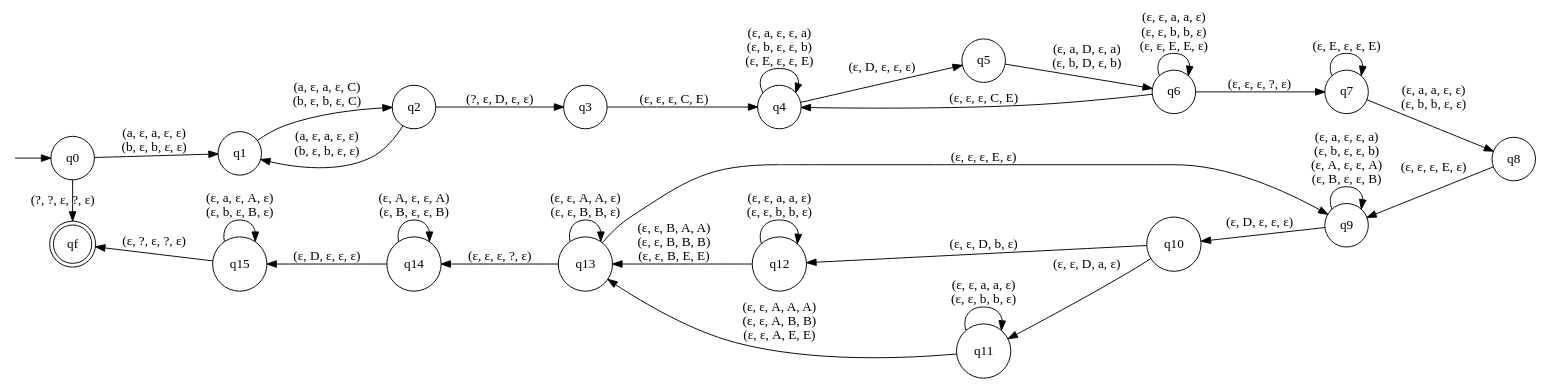
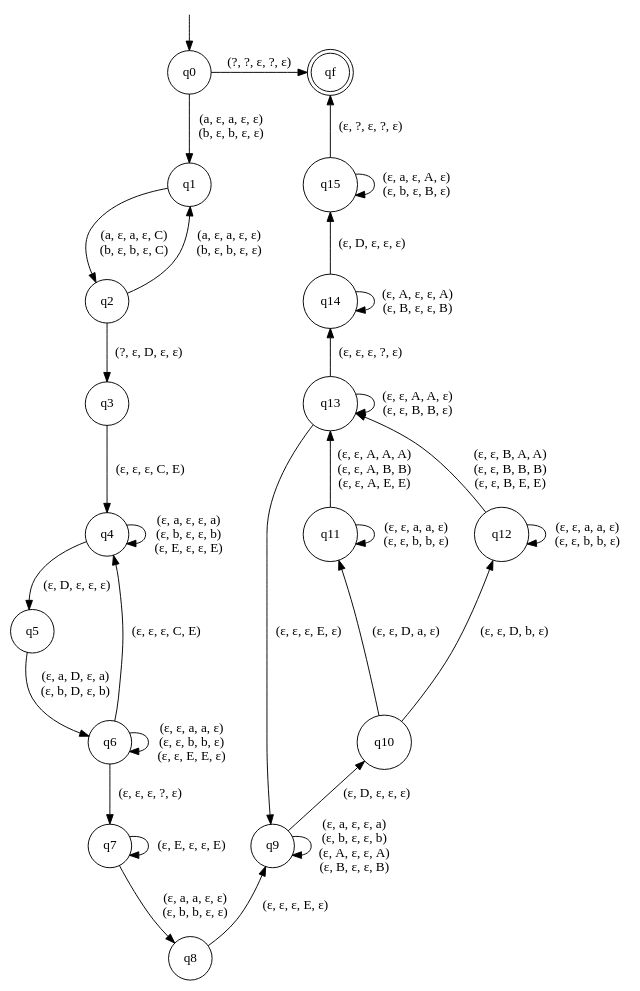
One commit to rgherdt/ufrgs-trabalhos changed the diagram in teoria/ww_automato/ww_pilhas.dot. Above: the diagram before and after it, drawn with Graphviz. The commit also changed 4 other files, not shown here.

```diff
--- a/teoria/ww_automato/ww_pilhas.dot
+++ b/teoria/ww_automato/ww_pilhas.dot
@@ -1,47 +1,47 @@
 digraph G {
-	rankdir=LR;
+//	rankdir=LR;
 	node [shape = point, color=white, fontcolor=white]; start;
 	node [shape = doublecircle, color=black, fontcolor=black]; qf;
 	node [shape = circle]; q0; q1;
 //	orientation = landscape;
 
 	{rank = same; q0; qf;};
 	{rank = same; q15; q1;};
 	{rank = same; q14; q2;};
 	{rank = same; q13; q3;};
-	{rank = same; q12; q4;};
-	{rank = same; q11; q5;};
+	{rank = same; q11; q12; q4;};
 	{rank = same; q10; q6;};
 	{rank = same; q9; q7;};
+	labeldistance=2.1;
 	start -> q0;
 	q0 -> qf [arrowhead = normal, label = "(?, ?, &epsilon;, ?, &epsilon;)"];
 	q0 -> q1 [label = "(a, &epsilon;, a, &epsilon;, &epsilon;)\n(b, &epsilon;, b, &epsilon;, &epsilon;)"];
 	q1 -> q2 [label = "(a, &epsilon;, a, &epsilon;, C)\n(b, &epsilon;, b, &epsilon;, C)"]
 	q2 -> q1 [label = "(a, &epsilon;, a, &epsilon;, &epsilon;)\n(b, &epsilon;, b, &epsilon;, &epsilon;)"];
 	q2 -> q3 [label = "(?, &epsilon;, D, &epsilon;, &epsilon;)"];
 	q3 -> q4 [label = "(&epsilon;, &epsilon;, &epsilon;, C, E)"];
 	q4 -> q5 [label = "(&epsilon;, D, &epsilon;, &epsilon;, &epsilon;)"];
 	q4 -> q4 [label = "(&epsilon;, a, &epsilon;, &epsilon;, a)\n(&epsilon;, b, &epsilon;, &epsilon;, b)\n(&epsilon;, E, &epsilon;, &epsilon;, E)"];
 	q5 -> q6 [label = "(&epsilon;, a, D, &epsilon;, a)\n(&epsilon;, b, D, &epsilon;, b)"];
 	q6 -> q6 [label = "(&epsilon;, &epsilon;, a, a, &epsilon;)\n(&epsilon;, &epsilon;, b, b, &epsilon;)\n(&epsilon;, &epsilon;, E, E, &epsilon;)"];
 	q6 -> q4 [label = "(&epsilon;, &epsilon;, &epsilon;, C, E)"];
 	q6 -> q7 [label = "(&epsilon;, &epsilon;, &epsilon;, ?, &epsilon;)"];
 	q7 -> q7 [label = "(&epsilon;, E, &epsilon;, &epsilon;, E)"];
 	q7 -> q8 [label = "(&epsilon;, a, a, &epsilon;, &epsilon;)\n(&epsilon;, b, b, &epsilon;, &epsilon;)"];
 	q8 -> q9 [label = "(&epsilon;, &epsilon;, &epsilon;, E, &epsilon;)"];
 	q9 -> q9 [label = "(&epsilon;, a, &epsilon;, &epsilon;, a)\n(&epsilon;, b, &epsilon;, &epsilon;, b)\n(&epsilon;, A, &epsilon;, &epsilon;, A)\n(&epsilon;, B, &epsilon;, &epsilon;, B)"];
 	q9 -> q10 [label = "(&epsilon;, D, &epsilon;, &epsilon;, &epsilon;)"];
 	q10 -> q11 [label = "(&epsilon;, &epsilon;, D, a, &epsilon;)"];
 	q10 -> q12 [label = "(&epsilon;, &epsilon;, D, b, &epsilon;)"];
 	q11 -> q11 [label = "(&epsilon;, &epsilon;, a, a, &epsilon;)\n(&epsilon;, &epsilon;, b, b, &epsilon;)"];
 	q12 -> q12 [label = "(&epsilon;, &epsilon;, a, a, &epsilon;)\n(&epsilon;, &epsilon;, b, b, &epsilon;)"];
 	q11 -> q13 [label = "(&epsilon;, &epsilon;, A, A, A)\n(&epsilon;, &epsilon;, A, B, B)\n(&epsilon;, &epsilon;, A, E, E)"];
 	q12 -> q13 [label = "(&epsilon;, &epsilon;, B, A, A)\n(&epsilon;, &epsilon;, B, B, B)\n(&epsilon;, &epsilon;, B, E, E)"];
 	q13 -> q13 [label = "(&epsilon;, &epsilon;, A, A, &epsilon;)\n(&epsilon;, &epsilon;, B, B, &epsilon;)"];
 	q13 -> q14 [label = "(&epsilon;, &epsilon;, &epsilon;, ?, &epsilon;)"];
 	q13 -> q9 [label = "(&epsilon;, &epsilon;, &epsilon;, E, &epsilon;)"];
 	q14 -> q14 [label = "(&epsilon;, A, &epsilon;, &epsilon;, A)\n(&epsilon;, B, &epsilon;, &epsilon;, B)"];
 	q14 -> q15 [label = "(&epsilon;, D, &epsilon;, &epsilon;, &epsilon;)"];
 	q15 -> q15 [label = "(&epsilon;, a, &epsilon;, A, &epsilon;)\n(&epsilon;, b, &epsilon;, B, &epsilon;)"];
 	q15 -> qf [label = "(&epsilon;, ?, &epsilon;, ?, &epsilon;)"];
 }
```
